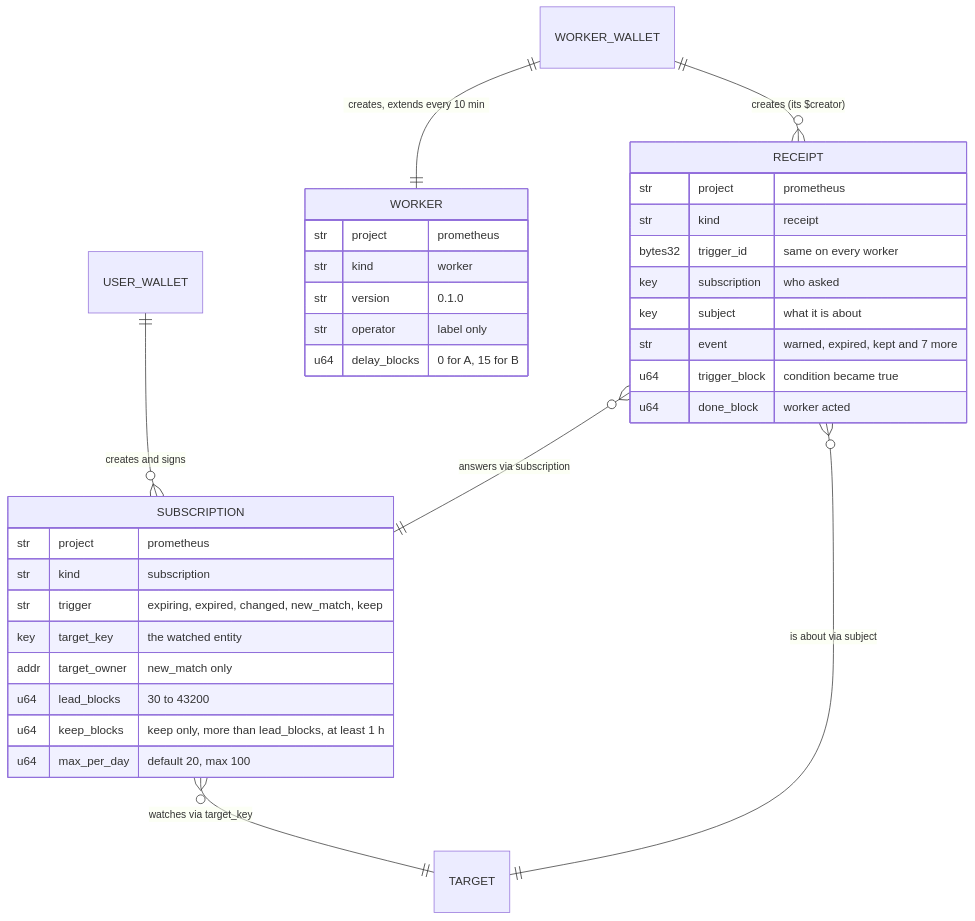
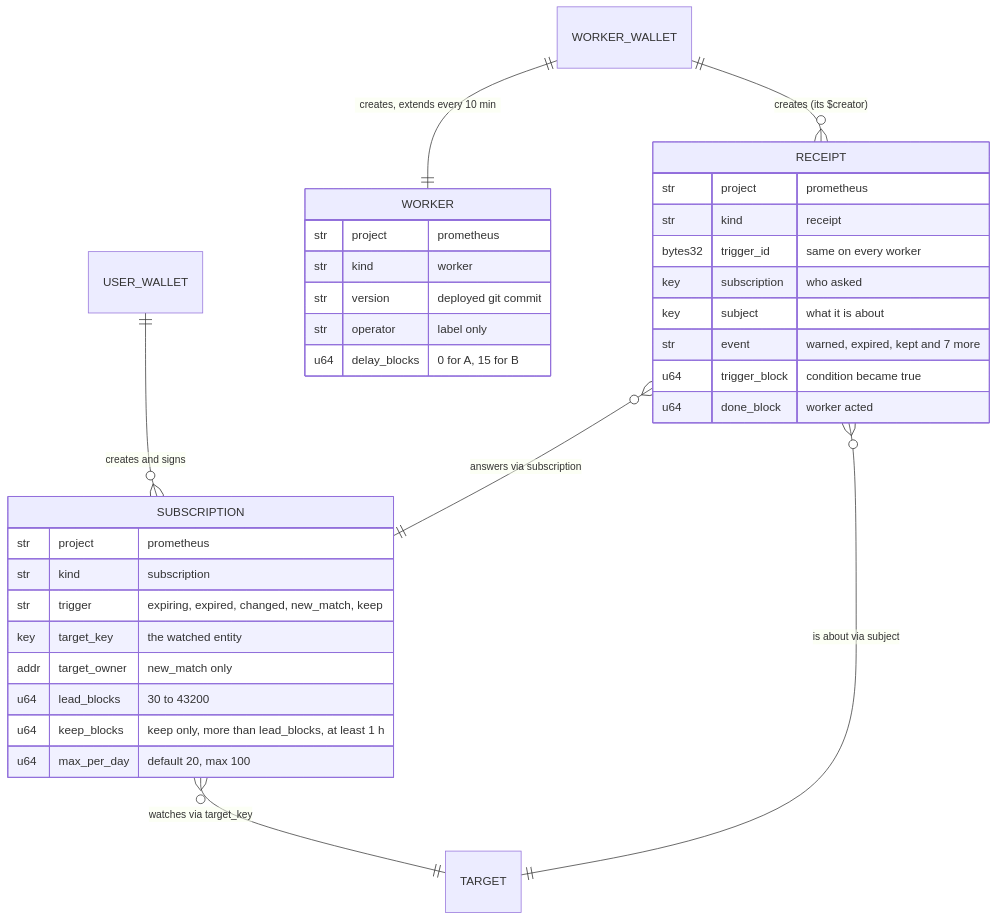
One commit to VanshChitransh/Prometheus changed the first of 2 diagrams in arkiv/schema.md. Above: the diagram before and after it, drawn with Mermaid. The commit also changed other lines of this file and 19 other files, not shown here.

````diff
--- a/arkiv/schema.md
+++ b/arkiv/schema.md
@@ -30,37 +30,37 @@
 ```mermaid
 erDiagram
     USER_WALLET ||--o{ SUBSCRIPTION : "creates and signs"
     WORKER_WALLET ||--|| WORKER : "creates, extends every 10 min"
     WORKER_WALLET ||--o{ RECEIPT : "creates (its $creator)"
     SUBSCRIPTION }o--|| TARGET : "watches via target_key"
     RECEIPT }o--|| SUBSCRIPTION : "answers via subscription"
     RECEIPT }o--|| TARGET : "is about via subject"
 
     WORKER {
         str project "prometheus"
         str kind "worker"
-        str version "0.1.0"
+        str version "deployed git commit"
         str operator "label only"
         u64 delay_blocks "0 for A, 15 for B"
     }
     SUBSCRIPTION {
         str project "prometheus"
         str kind "subscription"
         str trigger "expiring, expired, changed, new_match, keep"
         key target_key "the watched entity"
         addr target_owner "new_match only"
         u64 lead_blocks "30 to 43200"
         u64 keep_blocks "keep only, more than lead_blocks, at least 1 h"
         u64 max_per_day "default 20, max 100"
     }
     RECEIPT {
         str project "prometheus"
         str kind "receipt"
         bytes32 trigger_id "same on every worker"
         key subscription "who asked"
         key subject "what it is about"
         str event "warned, expired, kept and 7 more"
         u64 trigger_block "condition became true"
         u64 done_block "worker acted"
     }
 ```
````
